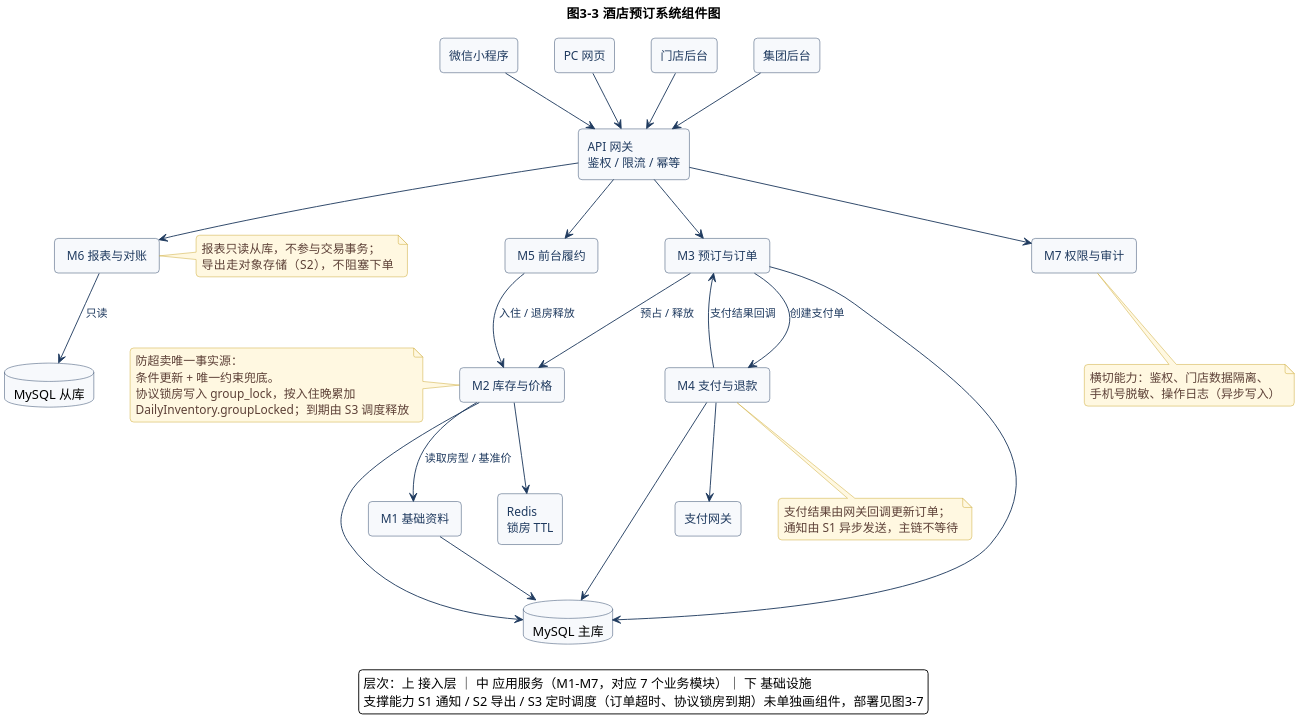
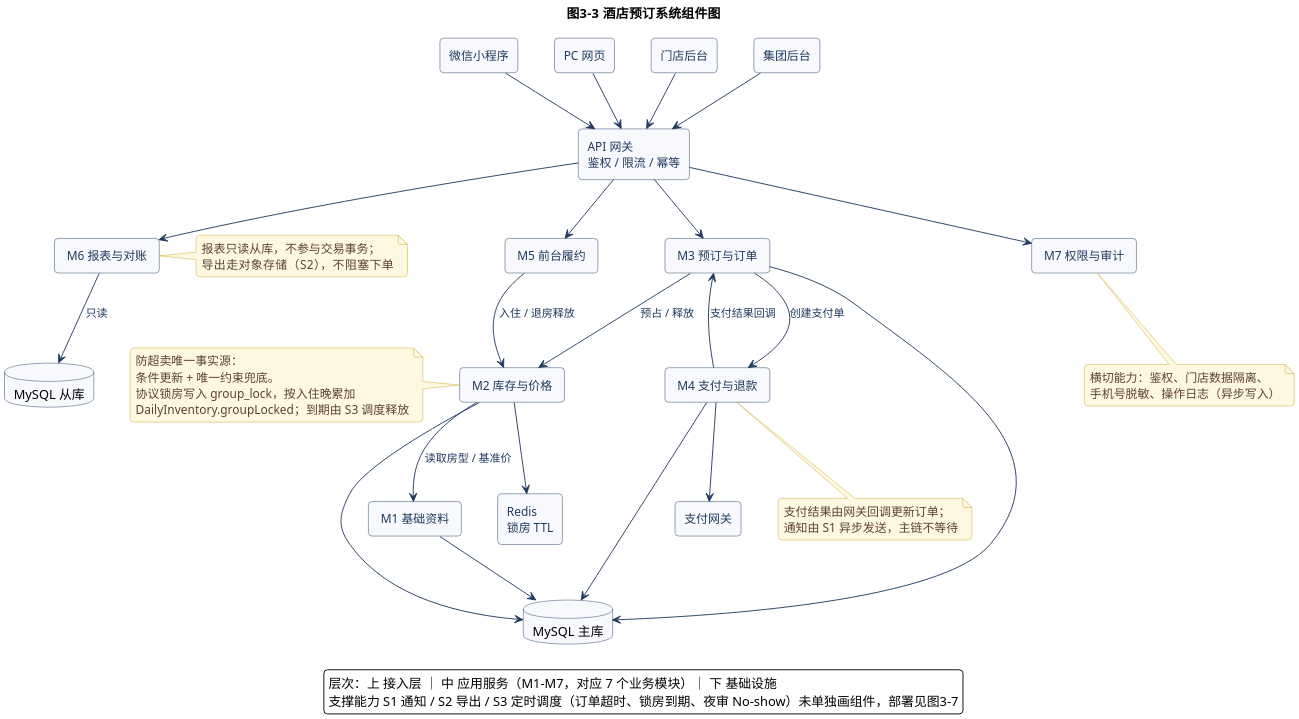
One commit to Ash-Klein/hotel-booking-system changed the diagram in lab2/UML/UML组件图.puml. Above: the diagram before and after it, drawn with PlantUML. The commit also changed 6 other files, not shown here.

First line of the commit message:
fix(lab2): 用例图删 No-show 人工用例，店长改为继承前台（REQ-019/001）

```diff
--- a/lab2/UML/UML组件图.puml
+++ b/lab2/UML/UML组件图.puml
@@ -1,93 +1,93 @@
 @startuml UML组件图
 skinparam defaultFontName "Microsoft YaHei"
 skinparam dpi 200
 skinparam shadowing false
 skinparam backgroundColor #FFFFFF
 skinparam componentStyle rectangle
 skinparam roundCorner 8
 skinparam ArrowColor #1F3A5F
 skinparam ArrowFontColor #1F3A5F
 skinparam ArrowFontSize 12
 skinparam componentBorderColor #1F3A5F
 skinparam componentBackgroundColor #F7F9FC
 skinparam componentFontColor #1F3A5F
 skinparam componentFontSize 13
 skinparam databaseBorderColor #1F3A5F
 skinparam databaseBackgroundColor #F7F9FC
 skinparam noteBackgroundColor #FFF8E1
 skinparam noteBorderColor #C9A227
 skinparam noteFontColor #5D4037
 skinparam nodesep 40
 skinparam ranksep 60
 title 图3-3  酒店预订系统组件图
 
 [微信小程序] as MP
 [PC 网页] as WEB
 [门店后台] as STORE
 [集团后台] as HQ
 [API 网关\n鉴权 / 限流 / 幂等] as GW
 
 [ M1 基础资料 ] as M1
 [ M2 库存与价格 ] as M2
 [ M3 预订与订单 ] as M3
 [ M4 支付与退款 ] as M4
 [ M5 前台履约 ] as M5
 [ M6 报表与对账 ] as M6
 [ M7 权限与审计 ] as M7
 
 database "MySQL 主库" as DB
 database "MySQL 从库" as RO
 [Redis\n锁房 TTL] as REDIS
 [支付网关] as PAY
 
 MP --> GW
 WEB --> GW
 STORE --> GW
 HQ --> GW
 
 GW --> M3
 GW --> M5
 GW --> M6
 GW --> M7
 
 M2 --> M1 : 读取房型 / 基准价
 M3 --> M2 : 预占 / 释放
 M5 --> M2 : 入住 / 退房释放
 M3 --> M4 : 创建支付单
 M4 --> M3 : 支付结果回调
 M4 --> PAY
 M2 --> DB
 M1 --> DB
 M3 --> DB
 M4 --> DB
 M6 --> RO : 只读
 M2 --> REDIS
 
 note right of M6
   报表只读从库，不参与交易事务；
   导出走对象存储（S2），不阻塞下单
 end note
 
 note bottom of M7
   横切能力：鉴权、门店数据隔离、
   手机号脱敏、操作日志（异步写入）
 end note
 
 note bottom of M4
   支付结果由网关回调更新订单；
   通知由 S1 异步发送，主链不等待
 end note
 
 note left of M2
   防超卖唯一事实源：
   条件更新 + 唯一约束兜底。
   协议锁房写入 group_lock，按入住晚累加
   DailyInventory.groupLocked；到期由 S3 调度释放
 end note
 
 legend bottom
   层次：上 接入层 ｜ 中 应用服务（M1–M7，对应 7 个业务模块）｜ 下 基础设施
-  支撑能力 S1 通知 / S2 导出 / S3 定时调度（订单超时、协议锁房到期）未单独画组件，部署见图3-7
+  支撑能力 S1 通知 / S2 导出 / S3 定时调度（订单超时、锁房到期、夜审 No-show）未单独画组件，部署见图3-7
 endlegend
 
 @enduml
```
